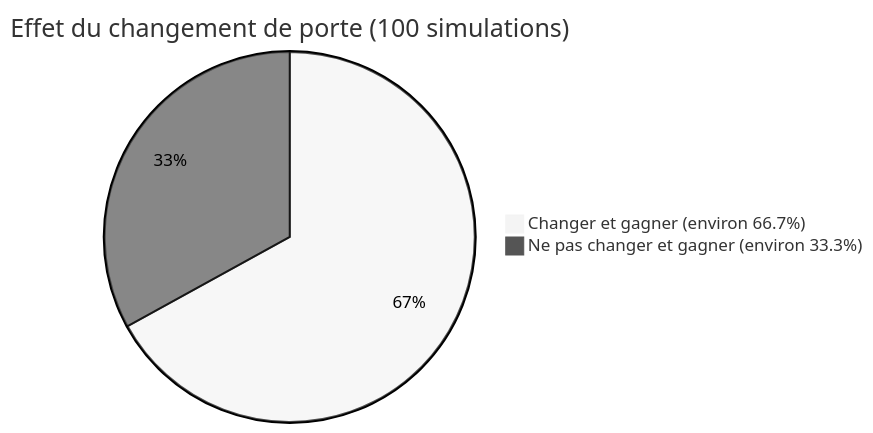
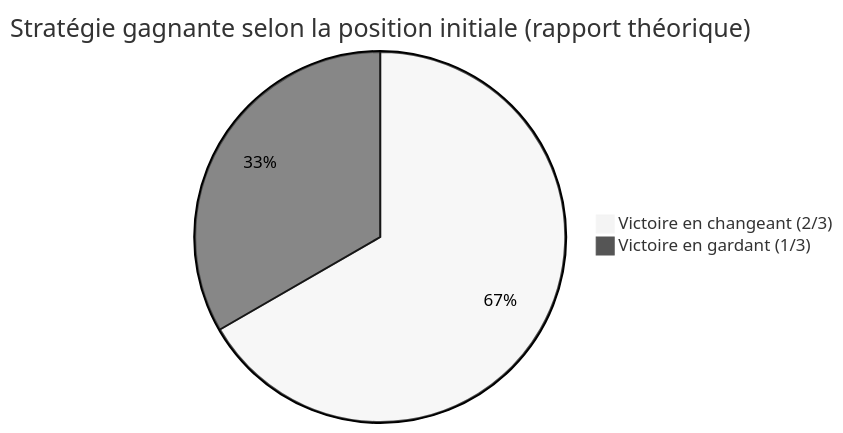
One commit to kenjinote/blog changed the second of 2 diagrams in content/post/モンティ・ホール問題/index.fr.md. Above: the diagram before and after it, drawn with Mermaid (neutral theme). The commit also changed other lines of this file and 8 other files, not shown here.

````diff
--- a/content/post/モンティ・ホール問題/index.fr.md
+++ b/content/post/モンティ・ホール問題/index.fr.md
@@ -162,5 +195,5 @@
 ```mermaid
-pie title Effet du changement de porte (100 simulations)
-    "Changer et gagner (environ 66.7%)" : 67
-    "Ne pas changer et gagner (environ 33.3%)" : 33
+pie title Stratégie gagnante selon la position initiale (rapport théorique)
+    "Victoire en changeant (2/3)" : 2
+    "Victoire en gardant (1/3)" : 1
 ```
````
